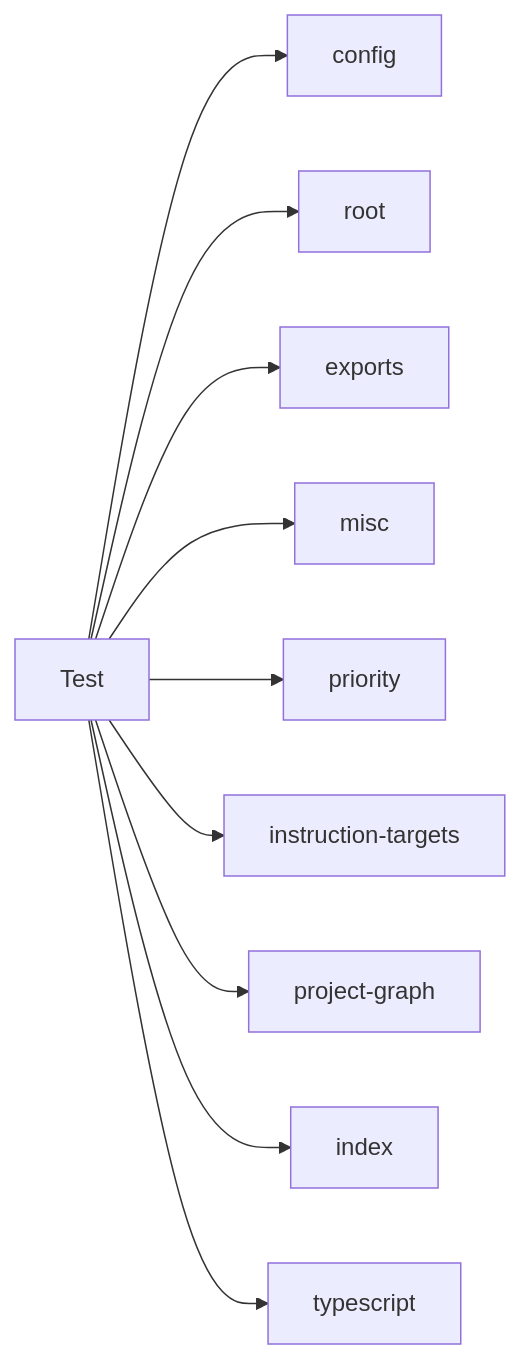
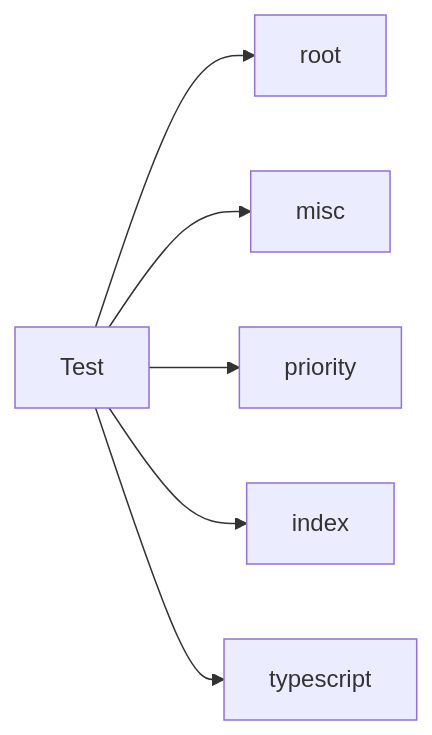
The diagram in .cursor/rules/ctxgraph--test-bundle.mdc (hellhellpnick/context-graph), drawn with Mermaid before and after one commit. The commit also changed other lines of this file and 164 other files, not shown here.

````diff
--- a/.cursor/rules/ctxgraph--test-bundle.mdc
+++ b/.cursor/rules/ctxgraph--test-bundle.mdc
@@ -20,13 +20,9 @@
 ```mermaid
 graph LR
   Test[Test]
-  Test --> config[config]
   Test --> root[root]
-  Test --> exports[exports]
   Test --> misc[misc]
   Test --> priority[priority]
-  Test --> instruction_targets[instruction-targets]
-  Test --> project_graph[project-graph]
   Test --> index[index]
   Test --> typescript["typescript"]
 ```
````
